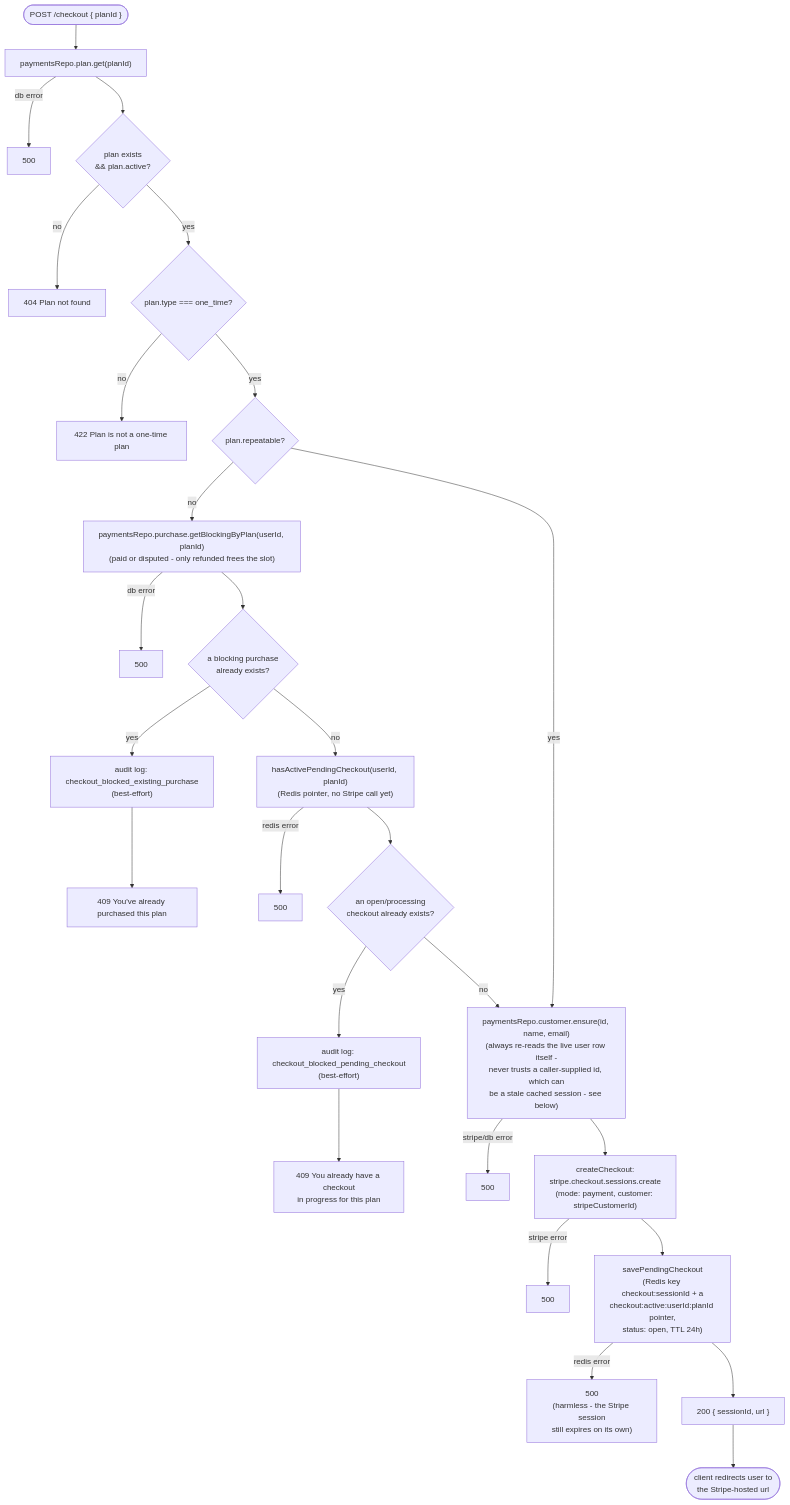
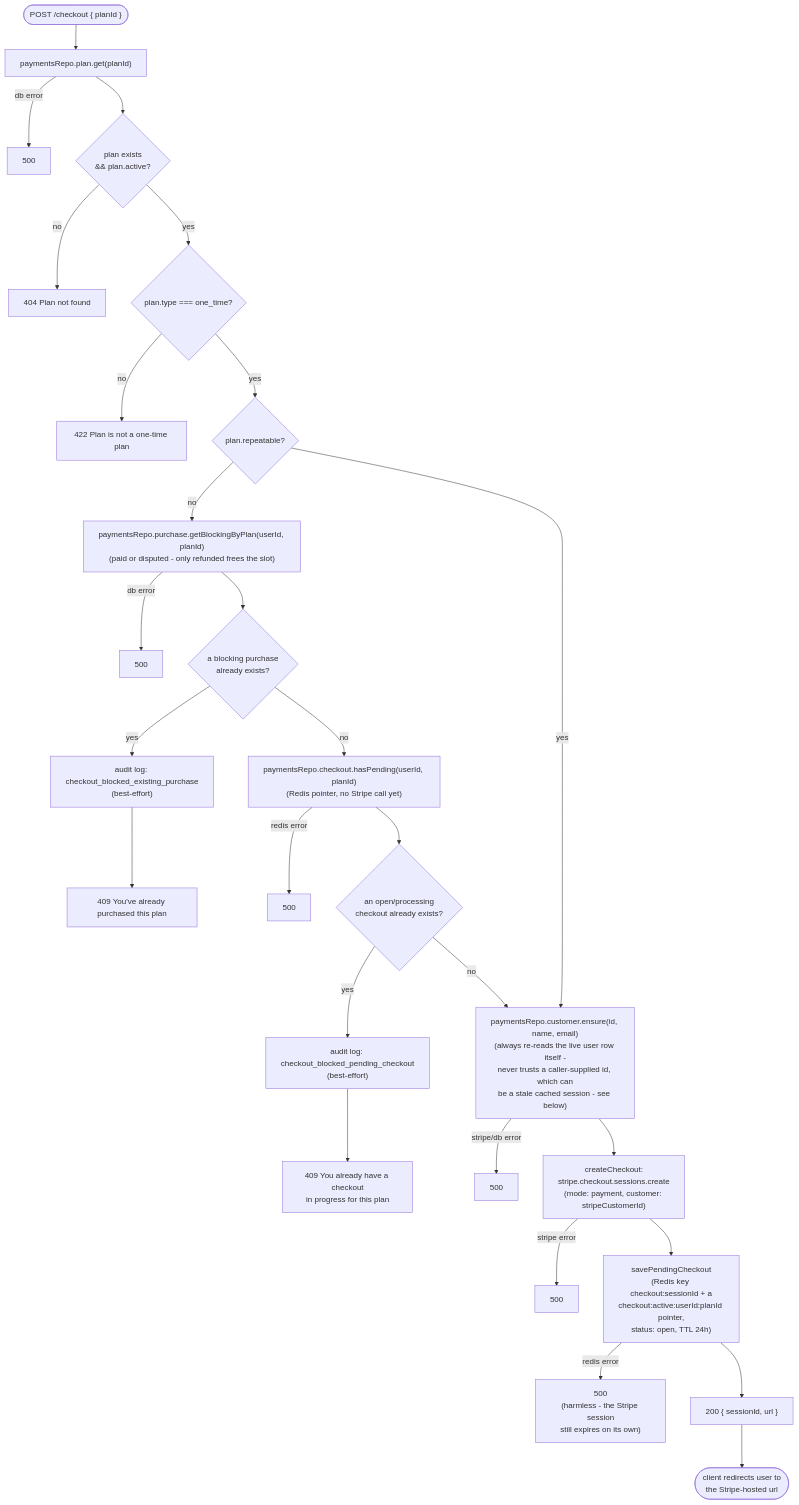
One commit to FranciscoAVD/backend changed the second of 7 diagrams in src/features/payments/CONTROL_FLOW.md. Above: the diagram before and after it, drawn with Mermaid. The commit also changed other lines of this file, not shown here.

First line of the commit message:
Sync CONTROL_FLOW.md diagrams with paymentsRepo.checkout.* call sites

````diff
--- a/src/features/payments/CONTROL_FLOW.md
+++ b/src/features/payments/CONTROL_FLOW.md
@@ -28,32 +28,32 @@
 ```mermaid
 flowchart TD
     Start(["POST /checkout { planId }"]) --> LookupPlan["paymentsRepo.plan.get(planId)"]
     LookupPlan -->|db error| Err500a["500"]
     LookupPlan --> PlanExists{"plan exists\n&& plan.active?"}
     PlanExists -- no --> NotFound["404 Plan not found"]
     PlanExists -- yes --> IsOneTime{"plan.type === one_time?"}
     IsOneTime -- no --> Unprocessable["422 Plan is not a one-time plan"]
     IsOneTime -- yes --> Repeatable{"plan.repeatable?"}
 
     Repeatable -- yes --> EnsureCustomer
     Repeatable -- no --> CheckOwned["paymentsRepo.purchase.getBlockingByPlan(userId, planId)\n(paid or disputed - only refunded frees the slot)"]
     CheckOwned -->|db error| Err500b["500"]
     CheckOwned --> AlreadyOwns{"a blocking purchase\nalready exists?"}
     AlreadyOwns -- yes --> Audit1["audit log: checkout_blocked_existing_purchase\n(best-effort)"]
     Audit1 --> Conflict["409 You've already purchased this plan"]
-    AlreadyOwns -- no --> CheckPending["hasActivePendingCheckout(userId, planId)\n(Redis pointer, no Stripe call yet)"]
+    AlreadyOwns -- no --> CheckPending["paymentsRepo.checkout.hasPending(userId, planId)\n(Redis pointer, no Stripe call yet)"]
     CheckPending -->|redis error| Err500e["500"]
     CheckPending --> HasPending{"an open/processing\ncheckout already exists?"}
     HasPending -- yes --> Audit2["audit log: checkout_blocked_pending_checkout\n(best-effort)"]
     Audit2 --> Conflict2["409 You already have a checkout\nin progress for this plan"]
     HasPending -- no --> EnsureCustomer
 
     EnsureCustomer["paymentsRepo.customer.ensure(id, name, email)\n(always re-reads the live user row itself -\nnever trusts a caller-supplied id, which can\nbe a stale cached session - see below)"] -->|stripe/db error| Err500c["500"]
     EnsureCustomer --> CreateSession
 
     CreateSession["createCheckout:\nstripe.checkout.sessions.create\n(mode: payment, customer: stripeCustomerId)"] -->|stripe error| Err500d["500"]
     CreateSession --> SavePending["savePendingCheckout\n(Redis key checkout:sessionId + a\ncheckout:active:userId:planId pointer,\nstatus: open, TTL 24h)"]
     SavePending -->|redis error| Err500f["500\n(harmless - the Stripe session\nstill expires on its own)"]
     SavePending --> Return200["200 { sessionId, url }"]
     Return200 --> Redirect(["client redirects user to\nthe Stripe-hosted url"])
 ```
````
